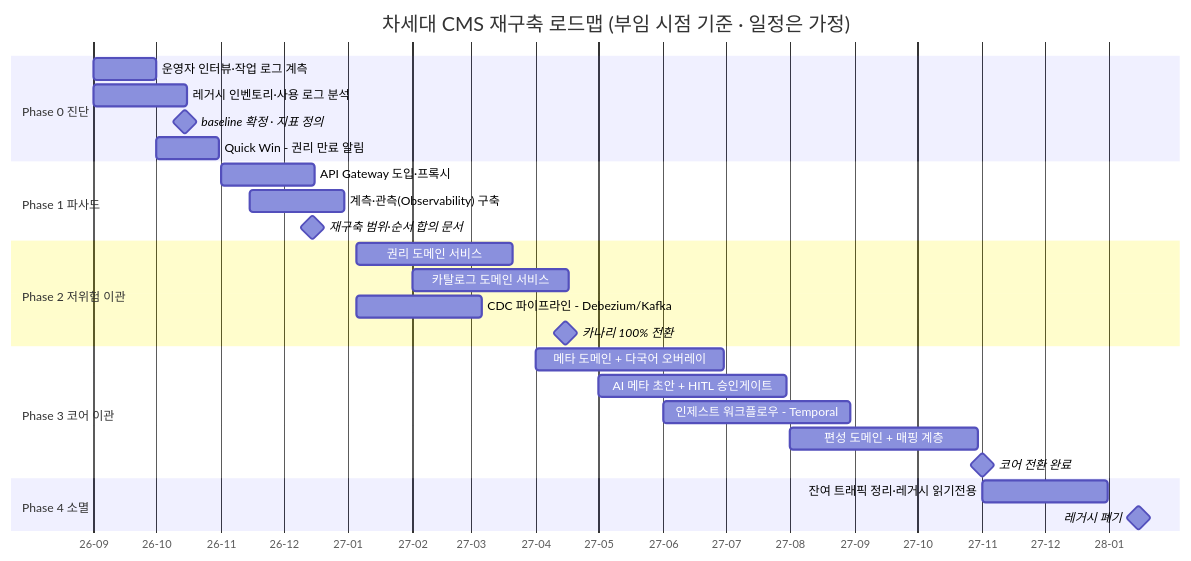
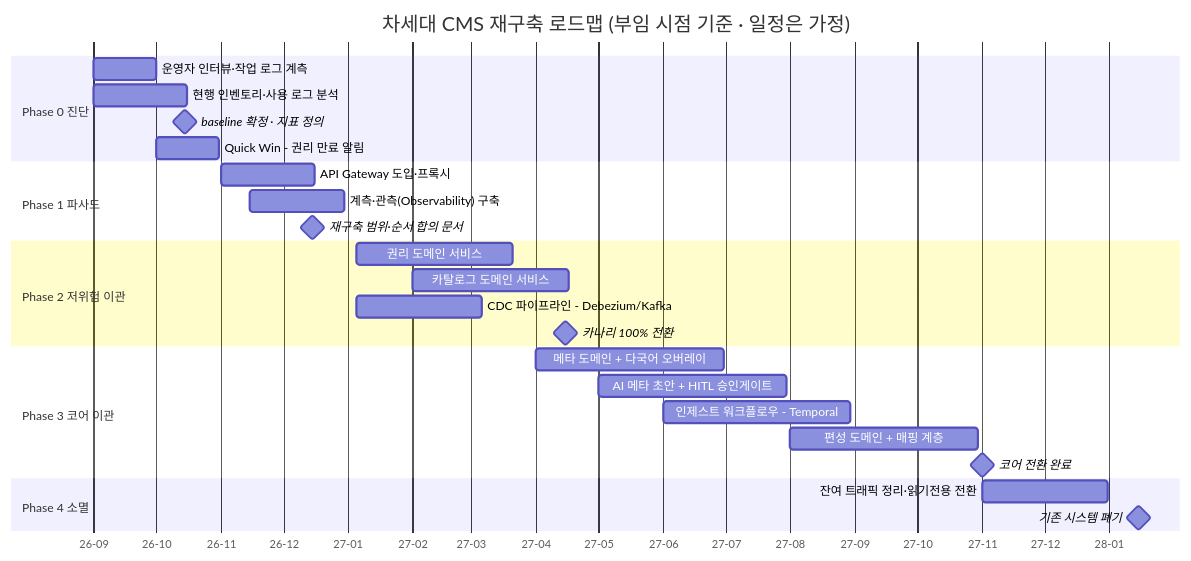
One commit to withwooyong/withwooyong.github.io changed diagram 19 of 20 in pages/product-lead-loadmap/01_CMS.md. Above: the diagram before and after it, drawn with Mermaid. The commit also changed other lines of this file and 16 other files, not shown here.

````diff
--- a/pages/product-lead-loadmap/01_CMS.md
+++ b/pages/product-lead-loadmap/01_CMS.md
@@ -1154,34 +1158,34 @@
 ```mermaid
 gantt
     title 차세대 CMS 재구축 로드맵 (부임 시점 기준 · 일정은 가정)
     dateFormat YYYY-MM-DD
     axisFormat %y-%m
 
     section Phase 0 진단
     운영자 인터뷰·작업 로그 계측       :p01, 2026-09-01, 30d
-    레거시 인벤토리·사용 로그 분석      :p02, 2026-09-01, 45d
+    현행 인벤토리·사용 로그 분석        :p02, 2026-09-01, 45d
     baseline 확정 · 지표 정의          :milestone, m1, 2026-10-15, 0d
     Quick Win - 권리 만료 알림         :p03, 2026-10-01, 30d
 
     section Phase 1 파사드
     API Gateway 도입·프록시            :p11, 2026-11-01, 45d
     계측·관측(Observability) 구축      :p12, 2026-11-15, 45d
     재구축 범위·순서 합의 문서          :milestone, m2, 2026-12-15, 0d
 
     section Phase 2 저위험 이관
     권리 도메인 서비스                 :p21, 2027-01-05, 75d
     카탈로그 도메인 서비스             :p22, 2027-02-01, 75d
     CDC 파이프라인 - Debezium/Kafka    :p23, 2027-01-05, 60d
     카나리 100% 전환                   :milestone, m3, 2027-04-15, 0d
 
     section Phase 3 코어 이관
     메타 도메인 + 다국어 오버레이       :p31, 2027-04-01, 90d
     AI 메타 초안 + HITL 승인게이트      :p32, 2027-05-01, 90d
     인제스트 워크플로우 - Temporal      :p33, 2027-06-01, 90d
     편성 도메인 + 매핑 계층            :p34, 2027-08-01, 90d
     코어 전환 완료                     :milestone, m4, 2027-11-01, 0d
 
     section Phase 4 소멸
-    잔여 트래픽 정리·레거시 읽기전용    :p41, 2027-11-01, 60d
-    레거시 폐기                        :milestone, m5, 2028-01-15, 0d
+    잔여 트래픽 정리·읽기전용 전환      :p41, 2027-11-01, 60d
+    기존 시스템 폐기                    :milestone, m5, 2028-01-15, 0d
 ```
````
